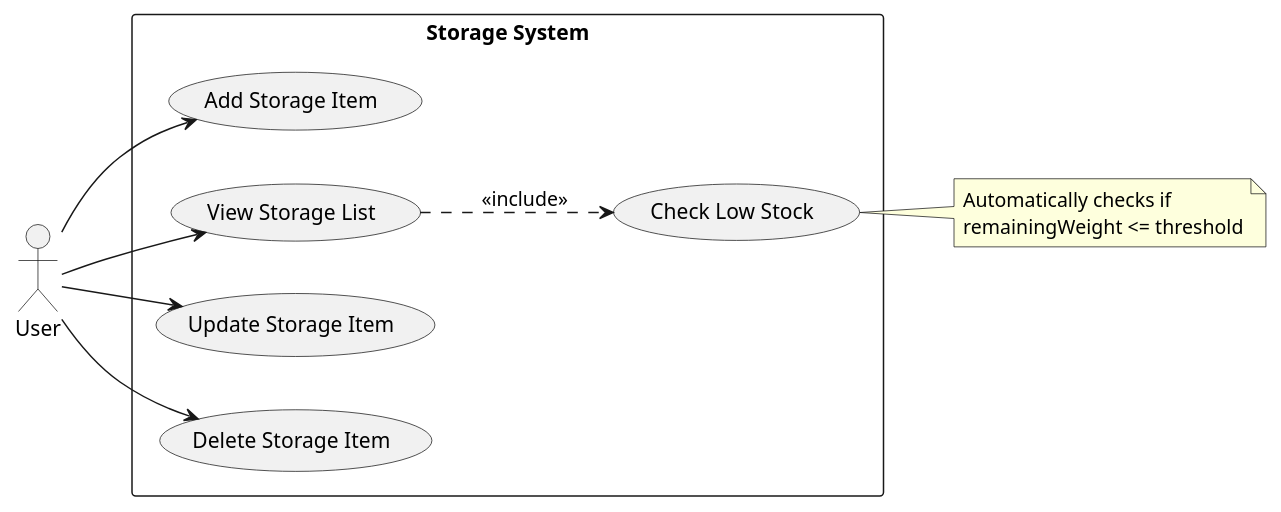
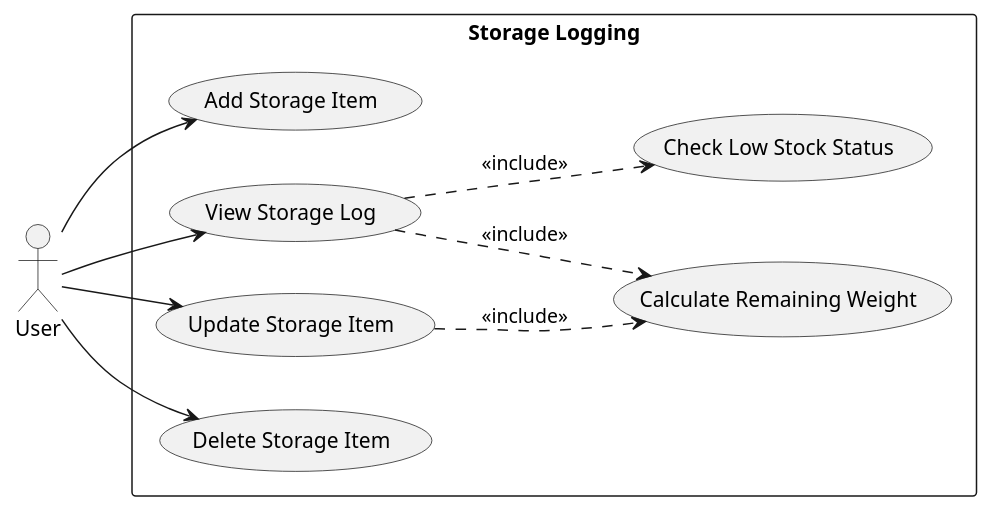
One commit to alfredbrannare/automagic-foodtracker-backend changed the diagram in docs/system_documentation/diagrams/usecase/storage_management.puml. Above: the diagram before and after it, drawn with PlantUML. The commit also changed 2 other files, not shown here.

```diff
--- a/docs/system_documentation/diagrams/usecase/storage_management.puml
+++ b/docs/system_documentation/diagrams/usecase/storage_management.puml
@@ -1,28 +1,26 @@
 @startuml
 left to right direction
 skinparam packageStyle rectangle
 
 actor "User" as User
 
-rectangle "Storage System" {
+rectangle "Storage Logging" {
     usecase "Add Storage Item" as UC_Add
-    usecase "View Storage List" as UC_List
+    usecase "View Storage Log" as UC_List
     usecase "Update Storage Item" as UC_Update
     usecase "Delete Storage Item" as UC_Delete
-    usecase "Check Low Stock" as UC_Check
+
+    usecase "Check Low Stock Status" as UC_Check
+    usecase "Calculate Remaining Weight" as UC_CalcWeight
 }
 
 User --> UC_Add
 User --> UC_List
 User --> UC_Update
 User --> UC_Delete
 
-' System logic
 UC_List ..> UC_Check : <<include>>
-
-note right of UC_Check
-  Automatically checks if
-  remainingWeight <= threshold
-end note
+UC_List ..> UC_CalcWeight : <<include>>
+UC_Update ..> UC_CalcWeight : <<include>>
 
 @enduml
```
